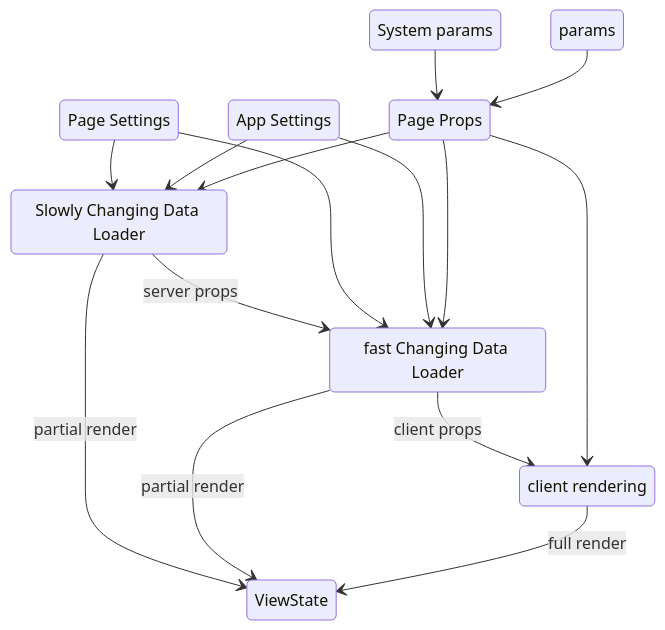
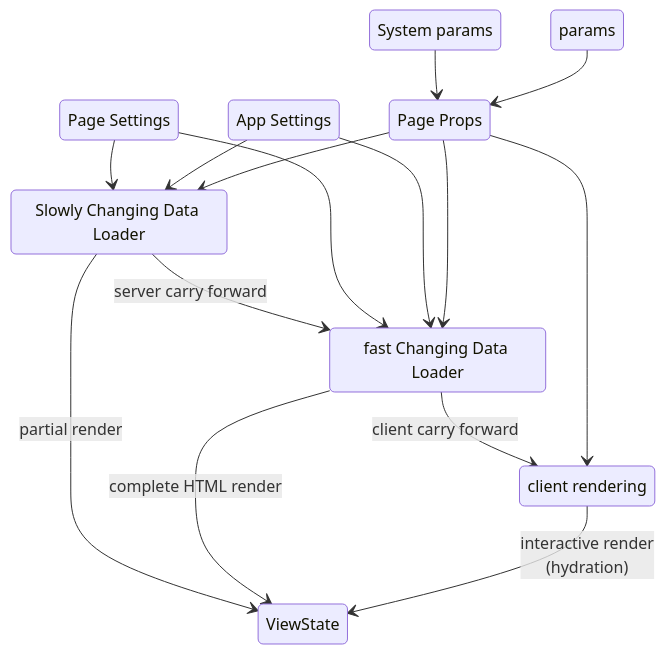
The diagram in design-log/34 - jay stack - page data flow.mmd (jay-framework/jay), drawn with Mermaid before and after one commit. The commit also changed 3 other files, not shown here.

```diff
--- a/design-log/34 - jay stack - page data flow.mmd
+++ b/design-log/34 - jay stack - page data flow.mmd
@@ -1,28 +1,28 @@
 stateDiagram-v2
     sysParams: System params
     params
     pageProps: Page Props
     pageSettings: Page Settings
     appSettings: App Settings
     slowly: Slowly Changing Data Loader
     fast: fast Changing Data Loader
     client: client rendering
     vs: ViewState
 
     sysParams --> pageProps
     params --> pageProps
     pageSettings --> slowly
     appSettings --> slowly
     pageProps --> slowly
 
-    slowly --> fast : server props
+    slowly --> fast : server carry forward
     slowly --> vs : partial render
     pageSettings --> fast
     appSettings --> fast
     pageProps --> fast
 
-    fast --> client: client props
-    fast --> vs : partial render
+    fast --> client: client carry forward
+    fast --> vs : complete HTML render
     pageProps --> client
 
-    client --> vs : full render
+    client --> vs : interactive render<br>(hydration)
```
